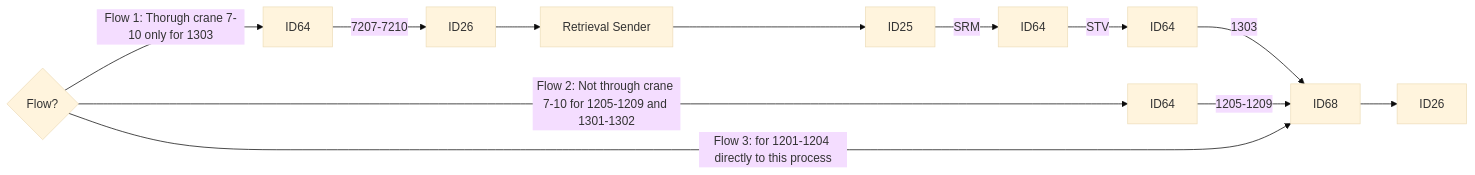
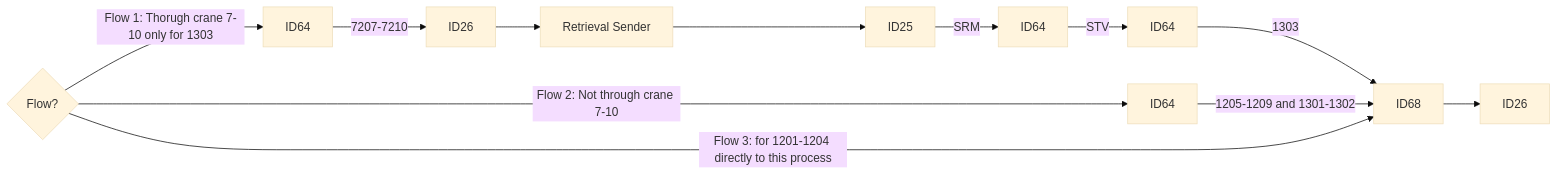
Before and after one commit to luthfiadityaa/SimeDarby-Wiki: the third of 15 diagrams in Basic-Design/DFD-WMS/Retrieval/Specific-Location-Retrieval-Setting.md, drawn with Mermaid (base theme).

Commit message:
Updated Specific Location Retrieval Setting

```diff
--- a/Basic-Design/DFD-WMS/Retrieval/Specific-Location-Retrieval-Setting.md
+++ b/Basic-Design/DFD-WMS/Retrieval/Specific-Location-Retrieval-Setting.md
@@ -18,9 +18,9 @@
 ::: mermaid
 flowchart LR
 
 Cond1{Flow?} 
 
 Cond1{Flow?}--> |Flow 1: Thorugh crane 7-10 only for 1303| P5[ID64]--> |7207-7210| P8[ID26]-->P9[Retrieval Sender]-->P10[ID25]--> |SRM| P11[ID64]--> |STV| P12[ID64]--> |1303| P7[ID68]
-Cond1{Flow?}--> |Flow 2: Not through crane 7-10 for 1205-1209 and 1301-1302| P6[ID64]--> |1205-1209| P7[ID68]
+Cond1{Flow?}--> |Flow 2: Not through crane 7-10| P6[ID64]--> |1205-1209 and 1301-1302| P7[ID68]
 Cond1{Flow?}--> |Flow 3: for 1201-1204 directly to this process| P7[ID68]-->P13[ID26]
 :::
```
